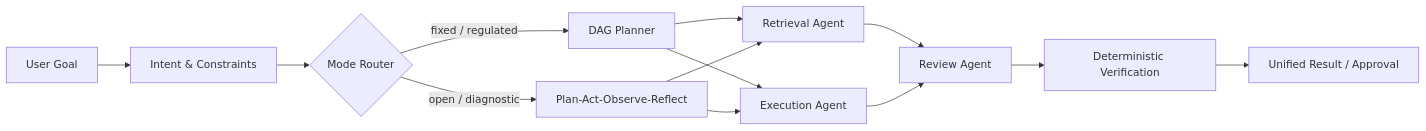
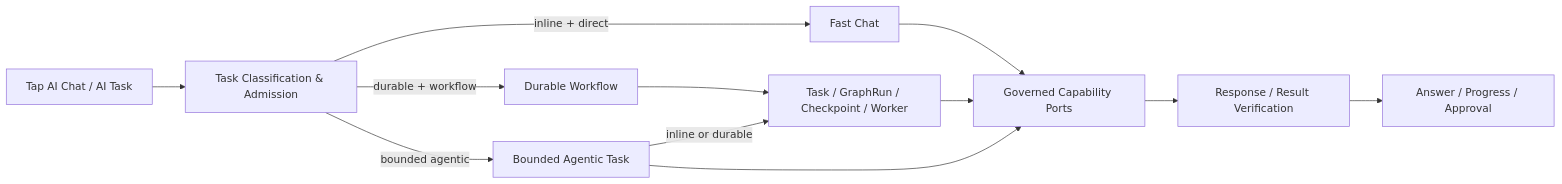
One commit to patrickstarpty/tap changed the fourth of 13 diagrams in docs/architecture/2026-08-20-overview.md. Above: the diagram before and after it, drawn with Mermaid. The commit also changed other lines of this file and 20 other files, not shown here.

Commit message:
docs: distinguish tap ai execution profiles

````diff
--- a/docs/architecture/2026-08-20-overview.md
+++ b/docs/architecture/2026-08-20-overview.md
@@ -350,15 +352,14 @@
 ```mermaid
 flowchart LR
-    Goal[User Goal] --> Intent[Intent & Constraints]
-    Intent --> Mode{Mode Router}
-    Mode -->|fixed / regulated| DAG[DAG Planner]
-    Mode -->|open / diagnostic| Loop[Plan-Act-Observe-Reflect]
-    DAG --> Retrieve[Retrieval Agent]
-    DAG --> Execute[Execution Agent]
-    Loop --> Retrieve
-    Loop --> Execute
-    Retrieve --> Review[Review Agent]
-    Execute --> Review
-    Review --> Verify[Deterministic Verification]
-    Verify --> Summary[Unified Result / Approval]
+    Goal[Tap AI Chat / AI Task] --> Admission[Task Classification & Admission]
+    Admission -->|inline + direct| Fast[Fast Chat]
+    Admission -->|durable + workflow| Durable[Durable Workflow]
+    Admission -->|bounded agentic| Agentic[Bounded Agentic Task]
+    Fast --> Ports[Governed Capability Ports]
+    Durable --> Runtime[Task / GraphRun / Checkpoint / Worker]
+    Runtime --> Ports
+    Agentic -->|inline or durable| Runtime
+    Agentic --> Ports
+    Ports --> Verify[Response / Result Verification]
+    Verify --> Summary[Answer / Progress / Approval]
 ```
````
